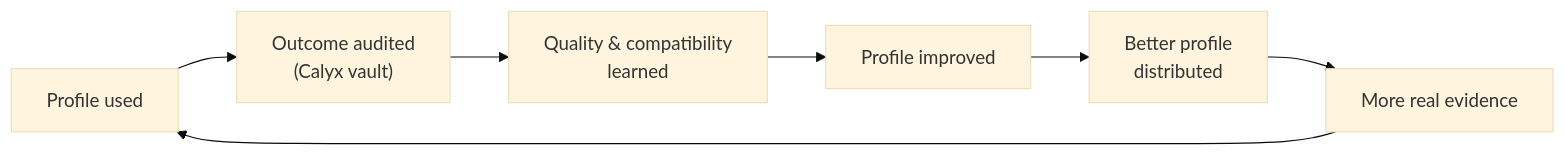
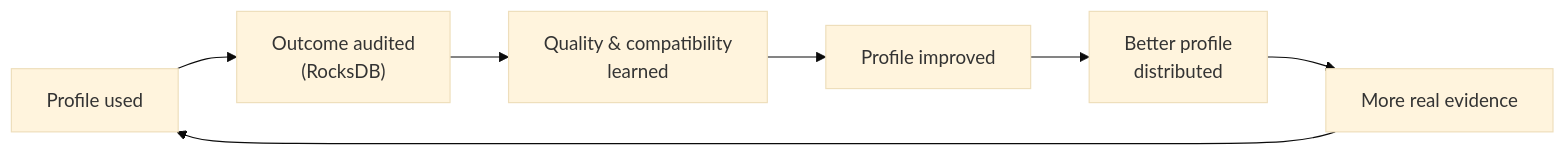
One commit to ChrisRoyse/Synapse changed the second of 2 diagrams in README.md. Above: the diagram before and after it, drawn with Mermaid (base theme). The commit also changed other lines of this file and 2040 other files, not shown here.

````diff
--- a/README.md
+++ b/README.md
@@ -433,9 +426,9 @@
 ```mermaid
 flowchart LR
-    U["Profile used"] --> O["Outcome audited<br/>(Calyx vault)"]
+    U["Profile used"] --> O["Outcome audited<br/>(RocksDB)"]
     O --> Q["Quality &amp; compatibility<br/>learned"]
     Q --> I["Profile improved"]
     I --> D["Better profile<br/>distributed"]
     D --> E["More real evidence"]
     E --> U
 ```
````
